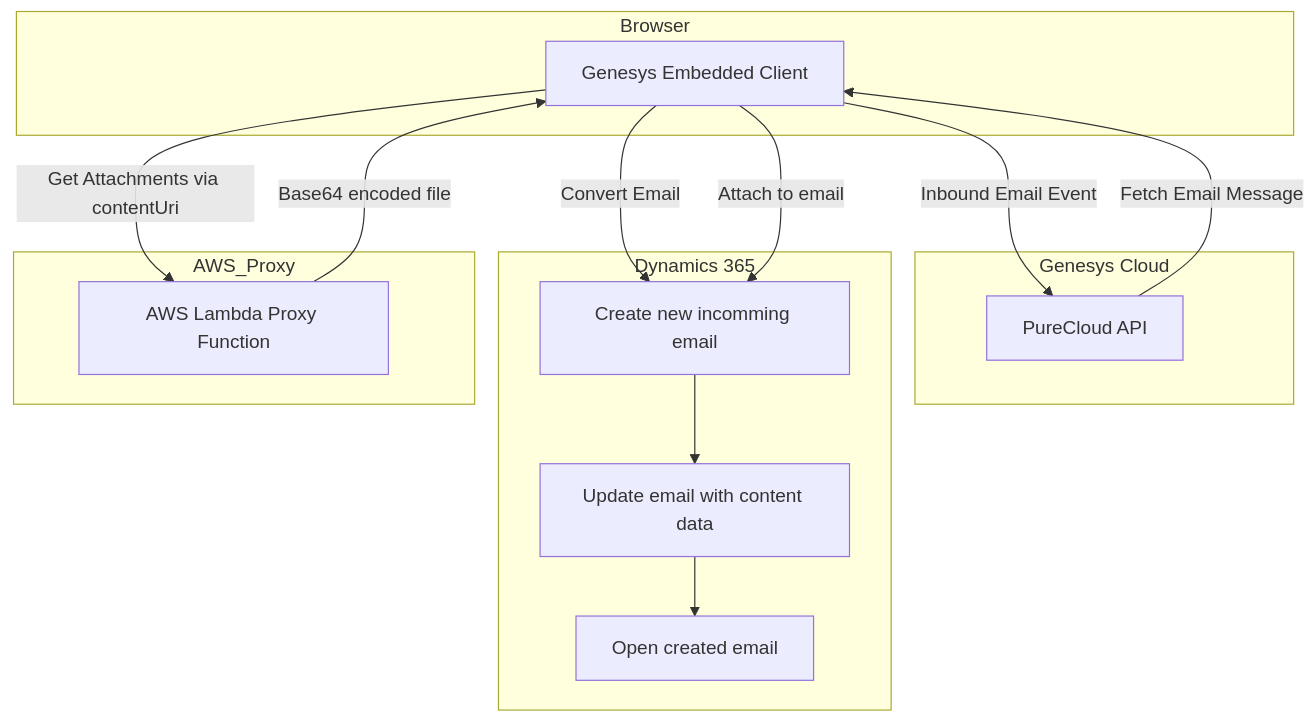
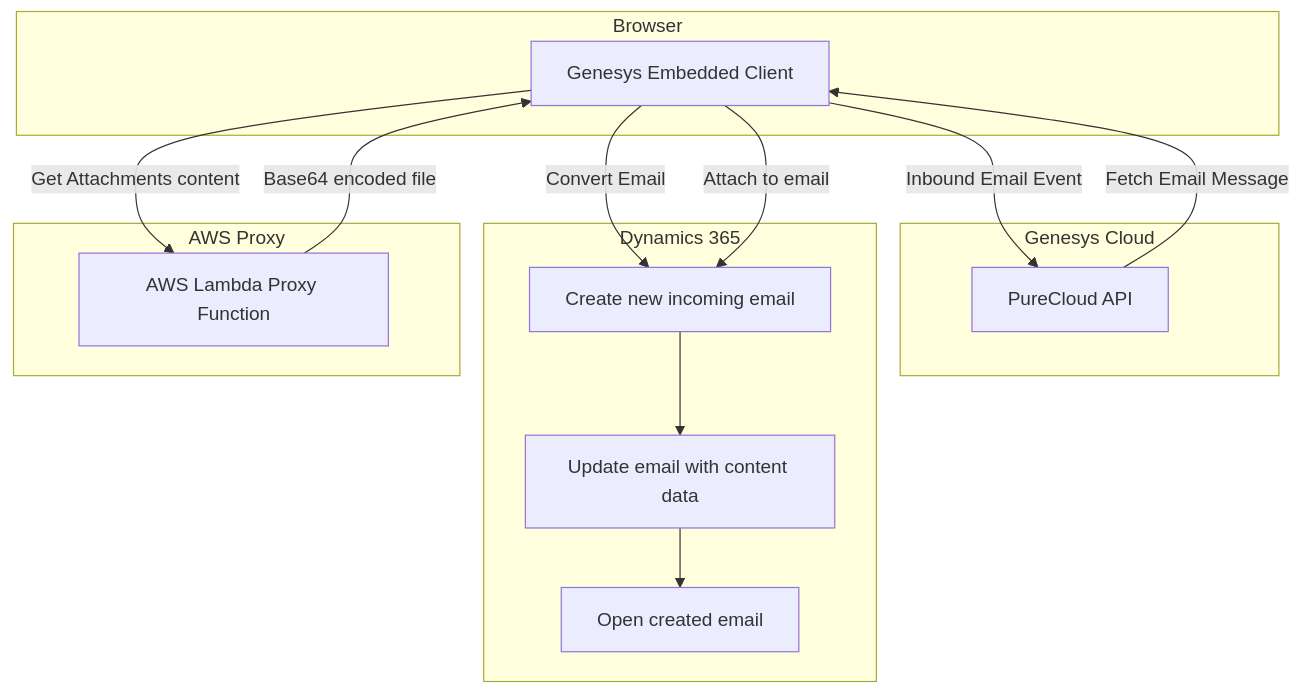
Before and after one commit to Elishava/test: the diagram in 1.md, drawn with Mermaid. The commit also changed other lines of this file, not shown here.

````diff
--- a/1.md
+++ b/1.md
@@ -15,30 +15,30 @@
 ```mermaid
 flowchart TD
   subgraph Browser
     A["Genesys Embedded Client"]
   end
 
   subgraph Genesys Cloud
     B["PureCloud API"]
   end
 
   subgraph Dynamics 365
-    C["Сreate new incomming email"]
+    C["Сreate new incoming email"]
     D["Update email with content data"]
     E["Open created email"]
   end
 
-  subgraph AWS_Proxy
+  subgraph AWS Proxy
     F["AWS Lambda Proxy Function"]
   end
 
   A -->|Inbound Email Event| B
   B -->|Fetch Email Message| A
   A -->|Convert Email| C
   C --> D
   D --> E
-  A -->|Get Attachments via contentUri| F
+  A -->|Get Attachments content| F
   F -->|Base64 encoded file| A
   A -->|Attach to email| C
 
 ```
````
